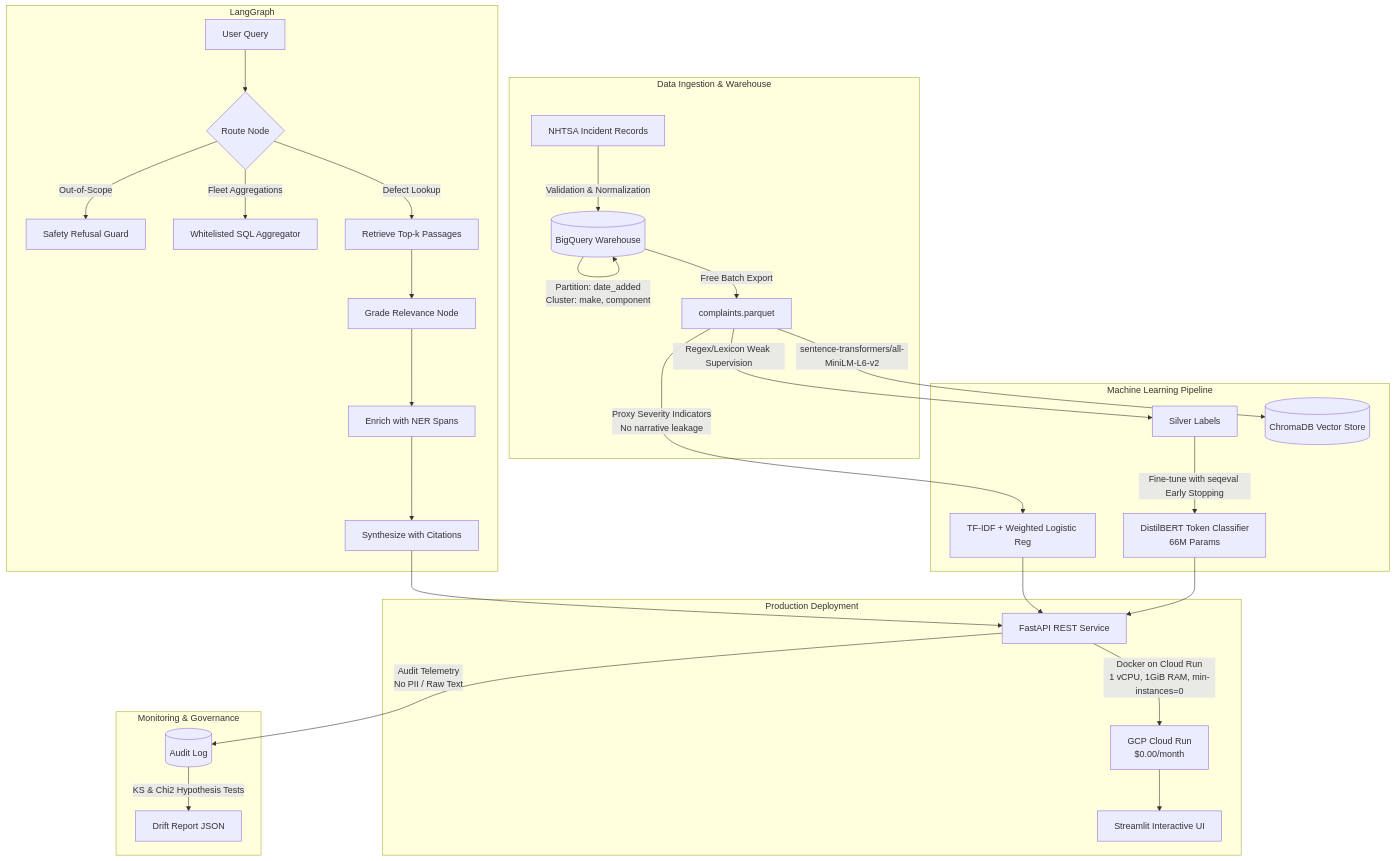
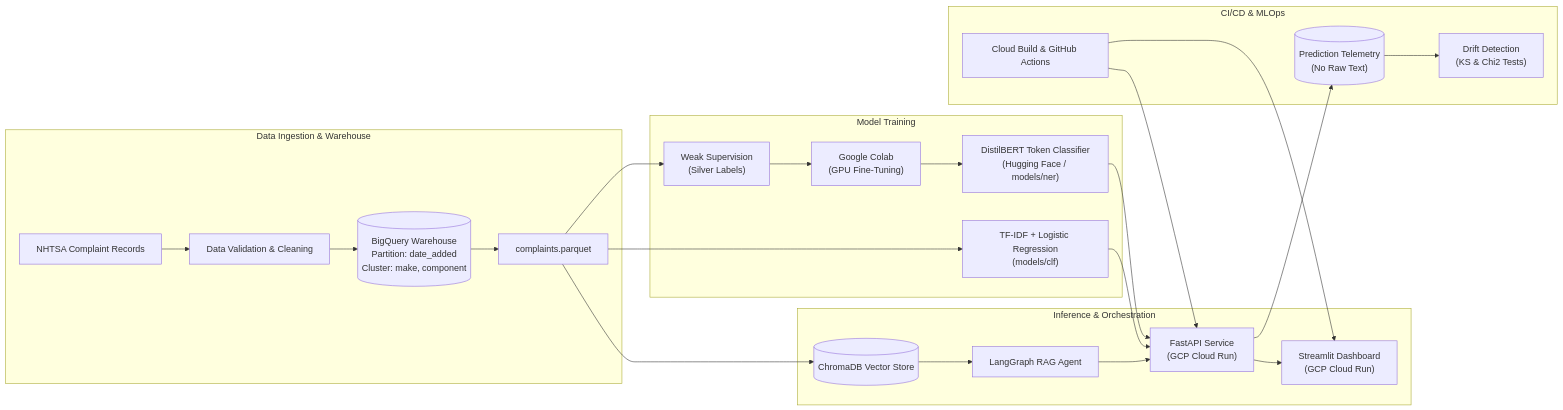
The diagram in README.md (devdasrahul/autovoice), drawn with Mermaid before and after one commit. The commit also changed other lines of this file and 1 other file, not shown here.

Commit message:
docs: finalize verified production README and CPU latency benchmark report

````diff
--- a/README.md
+++ b/README.md
@@ -19,36 +100,31 @@
 ```mermaid
-flowchart TD
-    subgraph Data Ingestion & Warehouse
-        A[NHTSA Incident Records] -->|Validation & Normalization| B[(BigQuery Warehouse)]
-        B -->|Partition: date_added<br>Cluster: make, component| B
-        B -->|Free Batch Export| C[complaints.parquet]
+flowchart LR
+    subgraph Ingestion ["Data Ingestion & Warehouse"]
+        NHTSA["NHTSA Complaint Records"] --> Clean["Data Validation & Cleaning"]
+        Clean --> BQ[("BigQuery Warehouse<br/>Partition: date_added<br/>Cluster: make, component")]
+        BQ --> Parquet["complaints.parquet"]
     end
 
-    subgraph Machine Learning Pipeline
-        C -->|Regex/Lexicon Weak Supervision| D[Silver Labels]
-        D -->|Fine-tune with seqeval Early Stopping| E[DistilBERT Token Classifier<br>66M Params]
-        C -->|Proxy Severity Indicators<br>No narrative leakage| F[TF-IDF + Weighted Logistic Reg]
-        C -->|sentence-transformers/all-MiniLM-L6-v2| G[(ChromaDB Vector Store)]
+    subgraph Training ["Model Training"]
+        Parquet --> Weak["Weak Supervision<br/>(Silver Labels)"]
+        Weak --> Colab["Google Colab<br/>(GPU Fine-Tuning)"]
+        Colab --> HF["DistilBERT Token Classifier<br/>(Hugging Face / models/ner)"]
+        Parquet --> Sklearn["TF-IDF + Logistic Regression<br/>(models/clf)"]
     end
 
-    subgraph Agentic RAG Layer [LangGraph]
-        H[User Query] --> I{Route Node}
-        I -->|Out-of-Scope| J[Safety Refusal Guard]
-        I -->|Fleet Aggregations| K[Whitelisted SQL Aggregator]
-        I -->|Defect Lookup| L[Retrieve Top-k Passages]
-        L --> M[Grade Relevance Node]
-        M --> N[Enrich with NER Spans]
-        N --> O[Synthesize with Citations]
+    subgraph Serving ["Inference & Orchestration"]
+        HF --> API["FastAPI Service<br/>(GCP Cloud Run)"]
+        Sklearn --> API
+        Parquet --> Chroma[("ChromaDB Vector Store")]
+        Chroma --> Agent["LangGraph RAG Agent"]
+        Agent --> API
+        API --> UI["Streamlit Dashboard<br/>(GCP Cloud Run)"]
     end
 
-    subgraph Production Deployment
-        E & F & O --> P[FastAPI REST Service]
-        P -->|Docker on Cloud Run<br>1 vCPU, 1GiB RAM, min-instances=0| Q[GCP Cloud Run<br>$0.00/month]
-        Q --> R[Streamlit Interactive UI]
-    end
-
-    subgraph Monitoring & Governance
-        P -->|Audit Telemetry<br>No PII / Raw Text| S[(Audit Log)]
-        S -->|KS & Chi2 Hypothesis Tests| T[Drift Report JSON]
+    subgraph Governance ["CI/CD & MLOps"]
+        CB["Cloud Build & GitHub Actions"] --> API
+        CB --> UI
+        API --> Audit[("Prediction Telemetry<br/>(No Raw Text)")]
+        Audit --> Drift["Drift Detection<br/>(KS & Chi2 Tests)"]
     end
 ```
````
